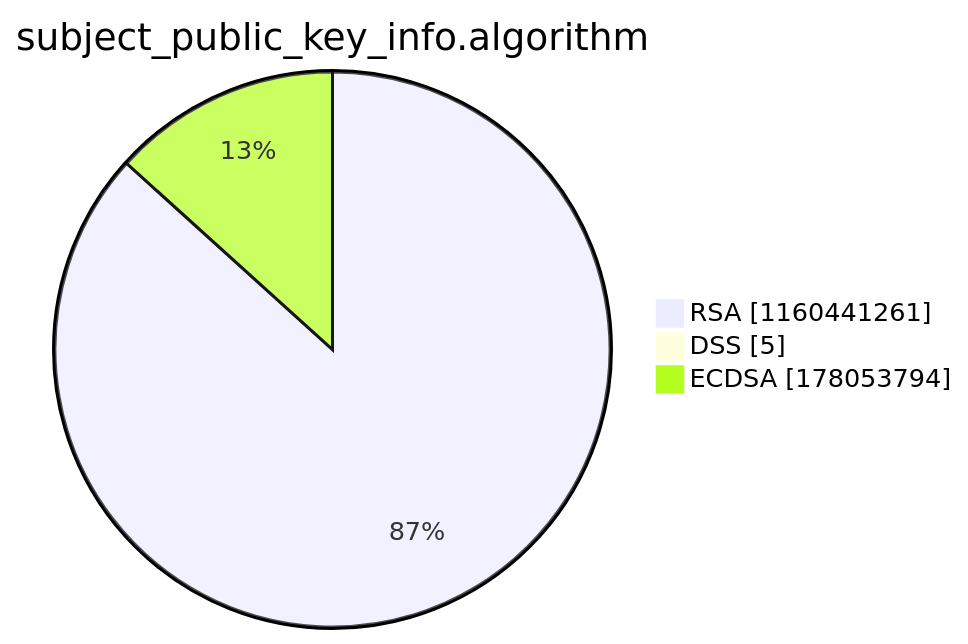
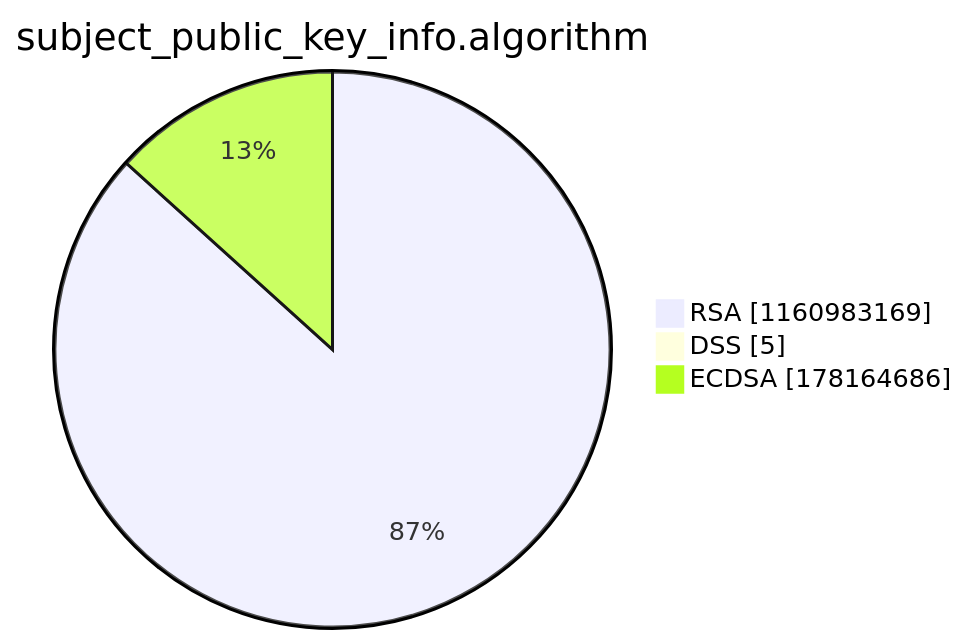
Before and after one commit to christiankrug/ctmonitor_visualization: the third of 15 diagrams in argon2022/README.md, drawn with Mermaid. The commit also changed other lines of this file, not shown here.

````diff
--- a/argon2022/README.md
+++ b/argon2022/README.md
@@ -14,7 +14,7 @@
 ```mermaid
 pie showData
 title subject_public_key_info.algorithm
-"RSA" :1160441261
+"RSA" :1160983169
 "DSS" :5
-"ECDSA" :178053794
+"ECDSA" :178164686
 ```
````
